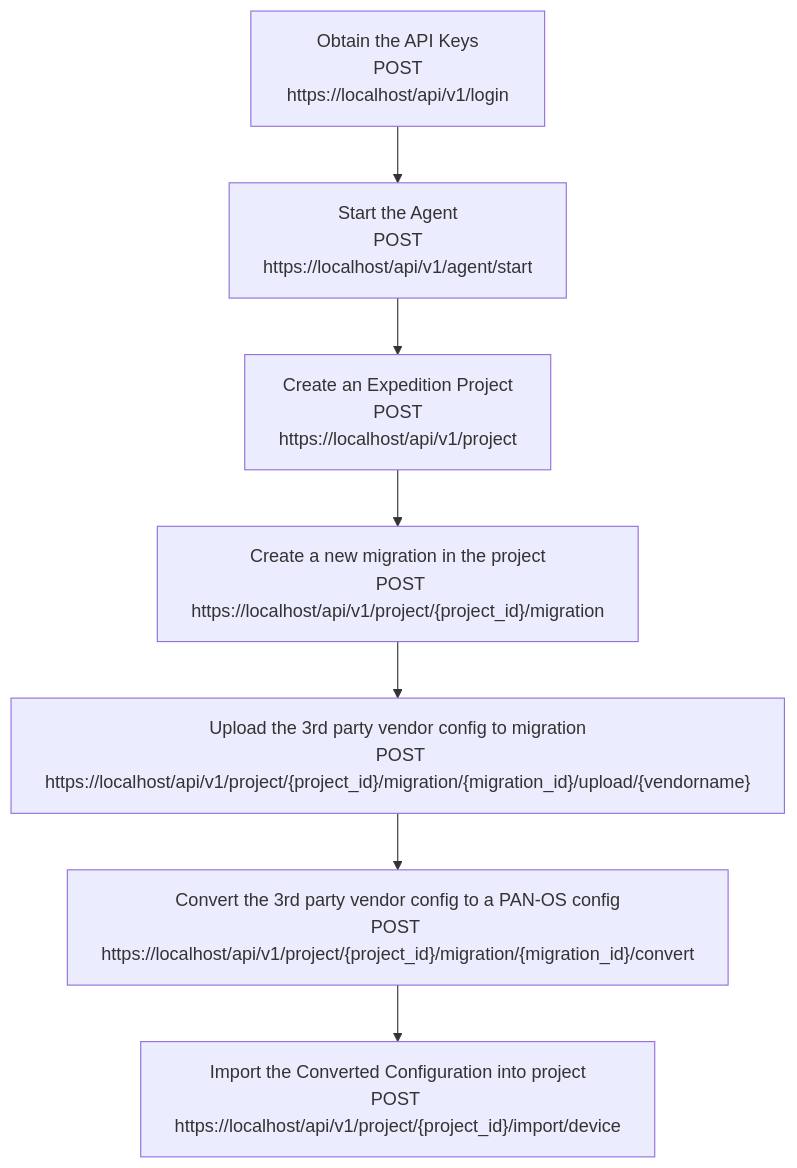
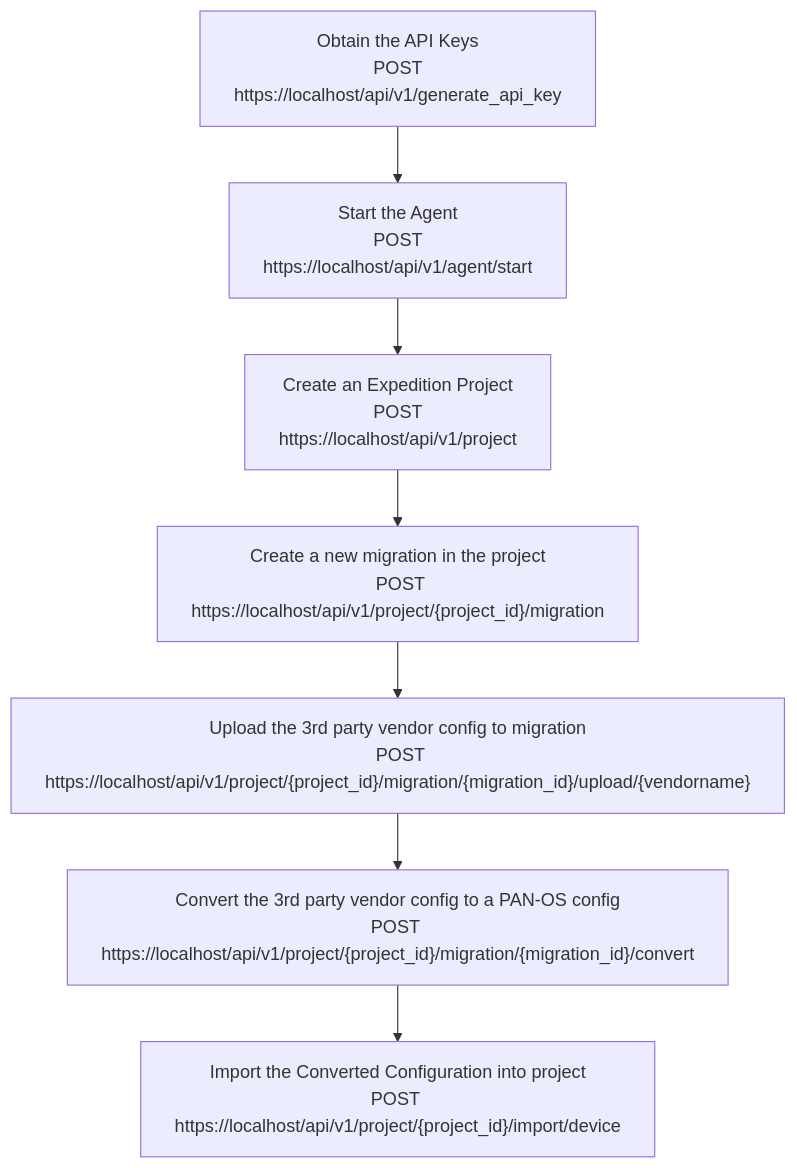
Before and after one commit to PaloAltoNetworks/pan.dev: the diagram in products/expedition/docs/expedition_workflow_migration.md, drawn with Mermaid. The commit also changed other lines of this file and 5 other files, not shown here.

````diff
--- a/products/expedition/docs/expedition_workflow_migration.md
+++ b/products/expedition/docs/expedition_workflow_migration.md
@@ -45,10 +37,10 @@
 ```mermaid
 flowchart TB
-    A[Obtain the API Keys<br/> POST https://localhost/api/v1/login ] --> B[Start the Agent<br/> POST https://localhost/api/v1/agent/start]
+    A[Obtain the API Keys<br/> POST https://localhost/api/v1/generate_api_key ] --> B[Start the Agent<br/> POST https://localhost/api/v1/agent/start]
     B[Start the Agent<br/> POST https://localhost/api/v1/agent/start]  --> C[Create an Expedition Project<br/> POST https://localhost/api/v1/project]
     C[Create an Expedition Project<br/> POST https://localhost/api/v1/project] --> D["Create a new migration in the project<br/>  POST https://localhost/api/v1/project/{project_id}/migration"]
     D["Create a new migration in the project<br/>  POST https://localhost/api/v1/project/{project_id}/migration"] --> E["Upload the 3rd party vendor config to migration<br/>  POST https://localhost/api/v1/project/{project_id}/migration/{migration_id}/upload/{vendorname}"]
     E["Upload the 3rd party vendor config to migration<br/>  POST https://localhost/api/v1/project/{project_id}/migration/{migration_id}/upload/{vendorname}"] --> F["Convert the 3rd party vendor config to a PAN-OS config<br/>POST https://localhost/api/v1/project/{project_id}/migration/{migration_id}/convert"]
     F["Convert the 3rd party vendor config to a PAN-OS config<br/>POST https://localhost/api/v1/project/{project_id}/migration/{migration_id}/convert"]  --> G["Import the Converted Configuration into project<br/>POST https://localhost/api/v1/project/{project_id}/import/device"]
 
 ```
````
